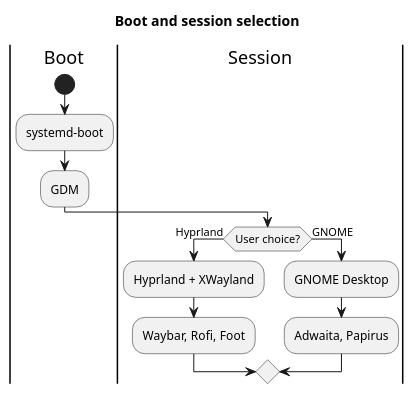
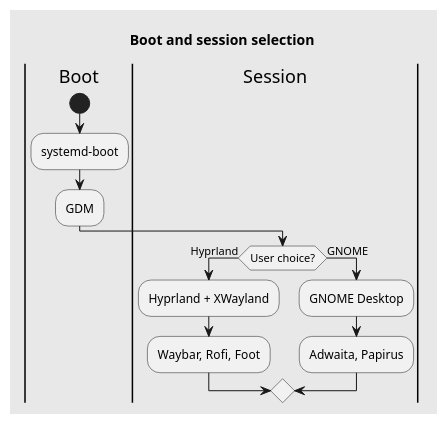
The diagram in docs/diagrams/boot-session.puml (RomeoCavazza/setup-os), drawn with PlantUML before and after one commit. The commit also changed 7 other files, not shown here.

First line of the commit message:
docs: full English, PNGs only in diagrams/png/, grey PlantUML bg, remove duplicate images

```diff
--- a/docs/diagrams/boot-session.puml
+++ b/docs/diagrams/boot-session.puml
@@ -1,18 +1,20 @@
 @startuml
 title Boot and session selection
+
+skinparam backgroundColor #E8E8E8
 
 |Boot|
 start
 :systemd-boot;
 :GDM;
 
 |Session|
 if (User choice?) then (Hyprland)
   :Hyprland + XWayland;
   :Waybar, Rofi, Foot;
 else (GNOME)
   :GNOME Desktop;
   :Adwaita, Papirus;
 endif
 
 @enduml
```
